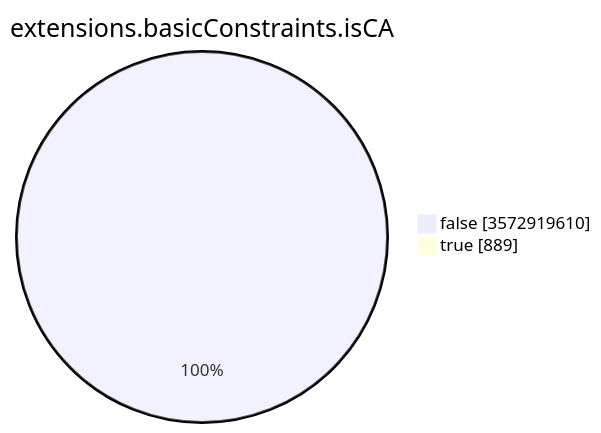
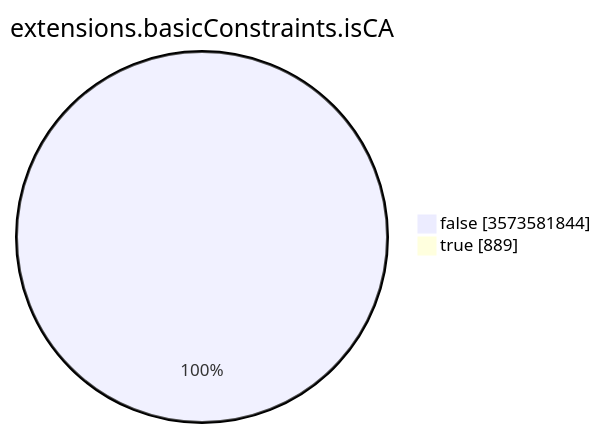
Before and after one commit to christiankrug/ctmonitor_visualization: the seventh of 15 diagrams in TOTAL/README.md, drawn with Mermaid. The commit also changed other lines of this file, not shown here.

````diff
--- a/TOTAL/README.md
+++ b/TOTAL/README.md
@@ -3094,6 +3094,6 @@
 ```mermaid
 pie showData
 title extensions.basicConstraints.isCA
-"false" :3572919610
+"false" :3573581844
 "true" :889
 ```
````
